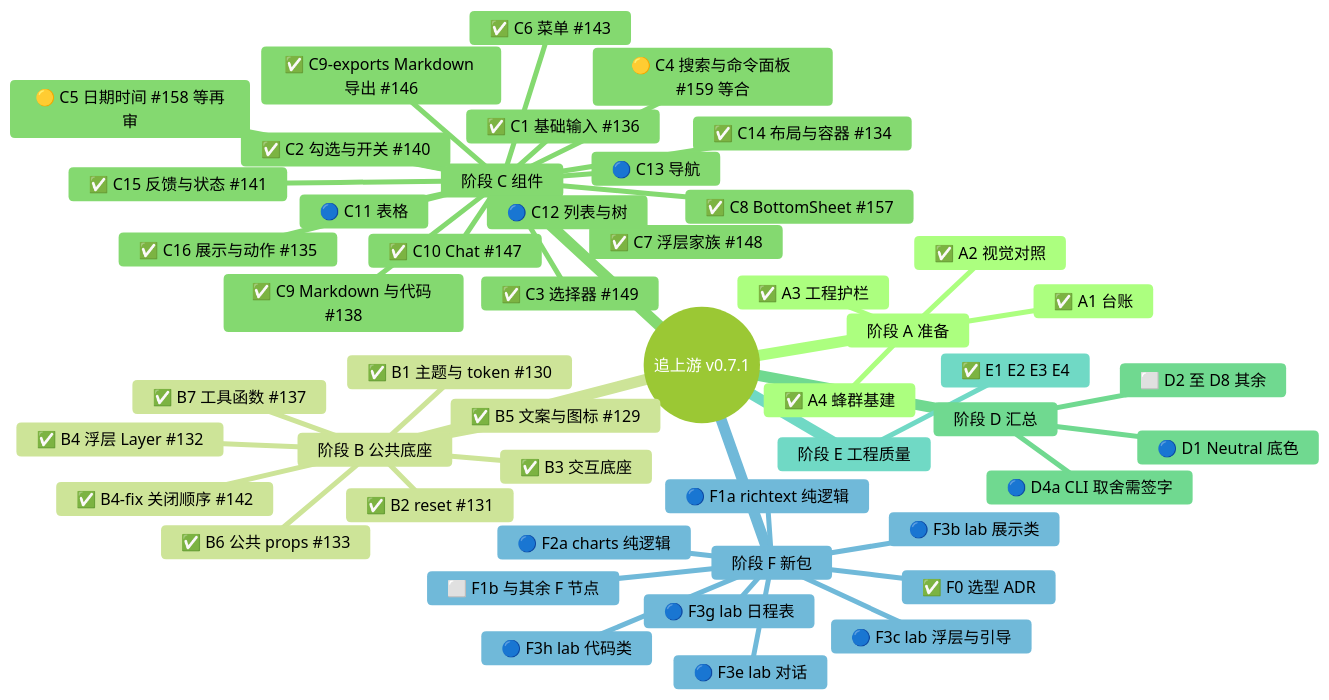
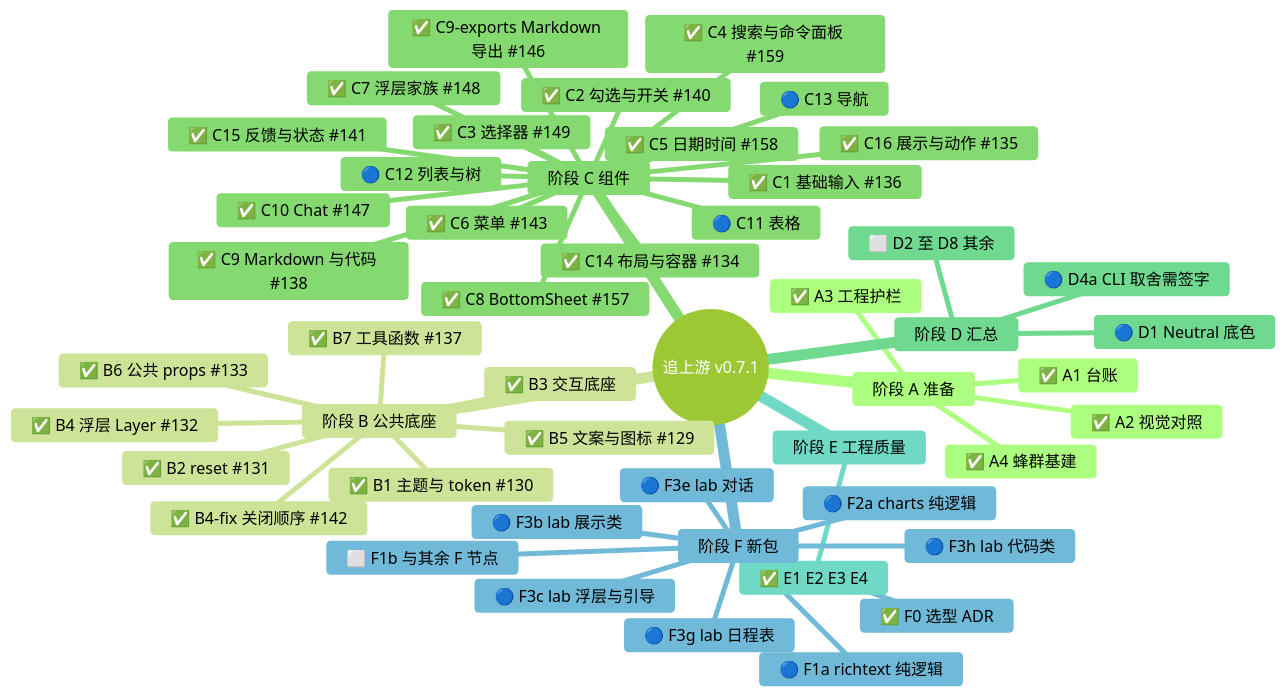
One commit to astryx-vue/astryx-vue changed the diagram in .agents-work/upstream-sync-0.7.1/PR128-BODY.md. Above: the diagram before and after it, drawn with Mermaid (forest theme). The commit also changed other lines of this file and 2 other files, not shown here.

````diff
--- a/.agents-work/upstream-sync-0.7.1/PR128-BODY.md
+++ b/.agents-work/upstream-sync-0.7.1/PR128-BODY.md
@@ -19,52 +19,52 @@
 ```mermaid
 mindmap
   root((追上游 v0.7.1))
     阶段 A 准备
       ✅ A1 台账
       ✅ A2 视觉对照
       ✅ A3 工程护栏
       ✅ A4 蜂群基建
     阶段 B 公共底座
       ✅ B1 主题与 token #130
       ✅ B2 reset #131
       ✅ B3 交互底座
       ✅ B4 浮层 Layer #132
       ✅ B4-fix 关闭顺序 #142
       ✅ B5 文案与图标 #129
       ✅ B6 公共 props #133
       ✅ B7 工具函数 #137
     阶段 C 组件
       ✅ C1 基础输入 #136
       ✅ C2 勾选与开关 #140
       ✅ C3 选择器 #149
-      🟡 C4 搜索与命令面板 #159 等合
-      🟡 C5 日期时间 #158 等再审
+      ✅ C4 搜索与命令面板 #159
+      ✅ C5 日期时间 #158
       ✅ C6 菜单 #143
       ✅ C7 浮层家族 #148
       ✅ C8 BottomSheet #157
       ✅ C9 Markdown 与代码 #138
       ✅ C9-exports Markdown 导出 #146
       ✅ C10 Chat #147
       🔵 C11 表格
       🔵 C12 列表与树
       🔵 C13 导航
       ✅ C14 布局与容器 #134
       ✅ C15 反馈与状态 #141
       ✅ C16 展示与动作 #135
     阶段 D 汇总
       🔵 D1 Neutral 底色
       🔵 D4a CLI 取舍需签字
       ⬜ D2 至 D8 其余
     阶段 E 工程质量
       ✅ E1 E2 E3 E4
     阶段 F 新包
       ✅ F0 选型 ADR
       🔵 F1a richtext 纯逻辑
       🔵 F2a charts 纯逻辑
       🔵 F3b lab 展示类
       🔵 F3c lab 浮层与引导
       🔵 F3e lab 对话
       🔵 F3g lab 日程表
       🔵 F3h lab 代码类
       ⬜ F1b 与其余 F 节点
 ```
````
